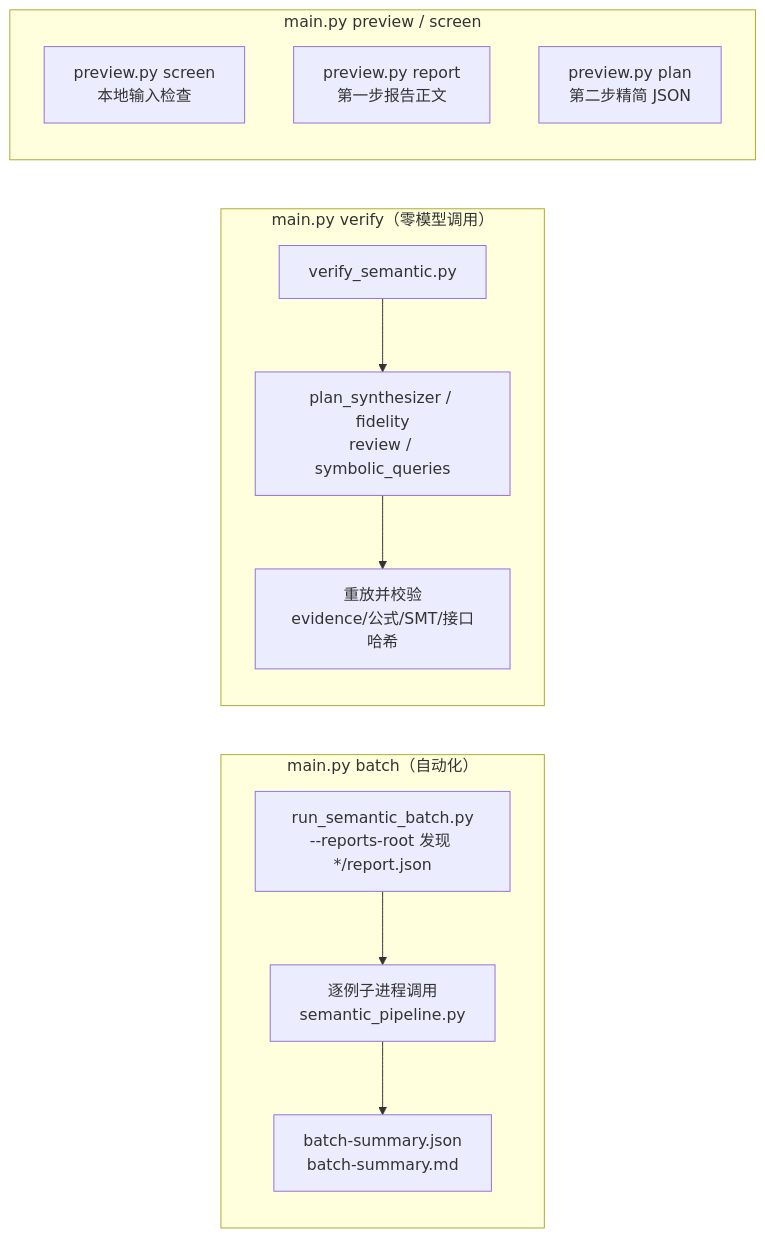
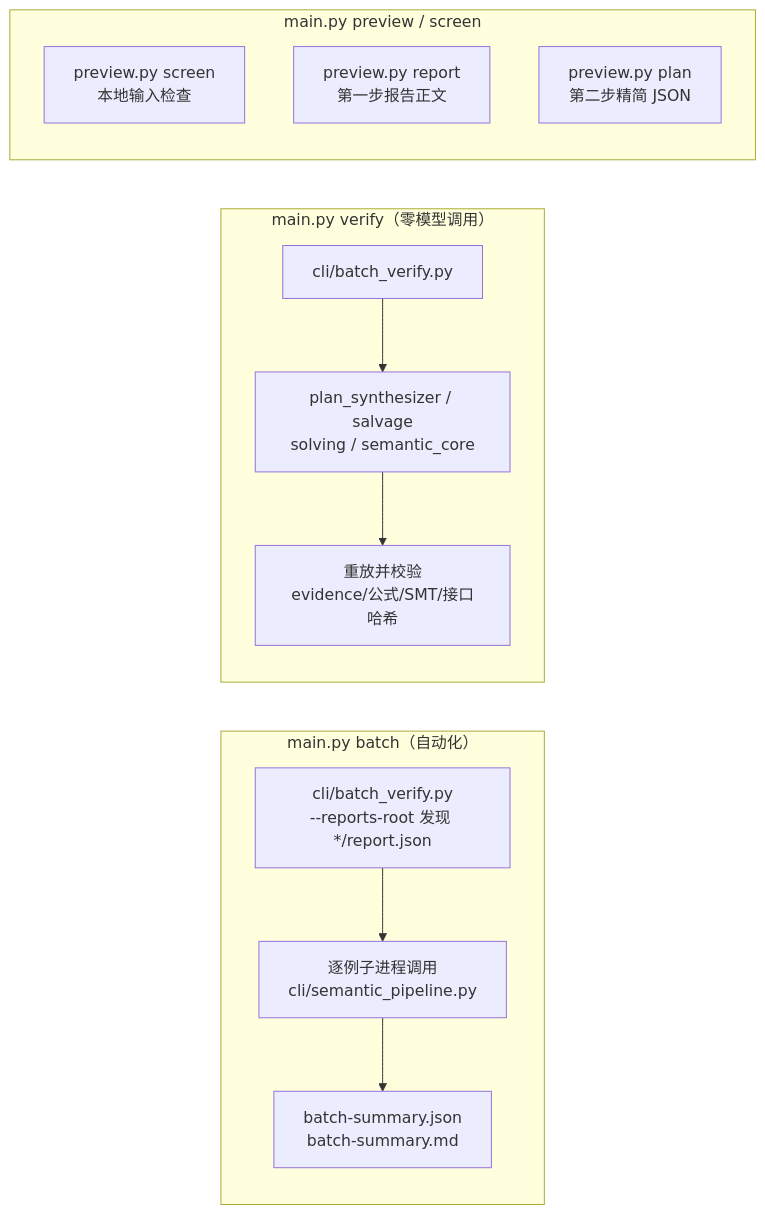
Before and after one commit to zmszdd/sc_slicer_standalone: the second of 2 diagrams in tools/report_constraints_v2/docs/STAGE2_FLOW.md, drawn with Mermaid. The commit also changed other lines of this file and 2 other files, not shown here.

````diff
--- a/tools/report_constraints_v2/docs/STAGE2_FLOW.md
+++ b/tools/report_constraints_v2/docs/STAGE2_FLOW.md
@@ -99,16 +96,16 @@
 ```mermaid
 flowchart LR
     subgraph Auto["main.py batch（自动化）"]
-        B1["run_semantic_batch.py<br/>--reports-root 发现 */report.json"] --> B2["逐例子进程调用<br/>semantic_pipeline.py"]
+        B1["cli/batch_verify.py<br/>--reports-root 发现 */report.json"] --> B2["逐例子进程调用<br/>cli/semantic_pipeline.py"]
         B2 --> B3["batch-summary.json<br/>batch-summary.md"]
     end
     subgraph Ver["main.py verify（零模型调用）"]
-        V1["verify_semantic.py"] --> V2["plan_synthesizer / fidelity<br/>review / symbolic_queries"]
+        V1["cli/batch_verify.py"] --> V2["plan_synthesizer / salvage<br/>solving / semantic_core"]
         V2 --> V3["重放并校验<br/>evidence/公式/SMT/接口哈希"]
     end
     subgraph Pre["main.py preview / screen"]
         P1["preview.py screen<br/>本地输入检查"] 
         P2["preview.py report<br/>第一步报告正文"]
         P3["preview.py plan<br/>第二步精简 JSON"]
     end
 ```
````
